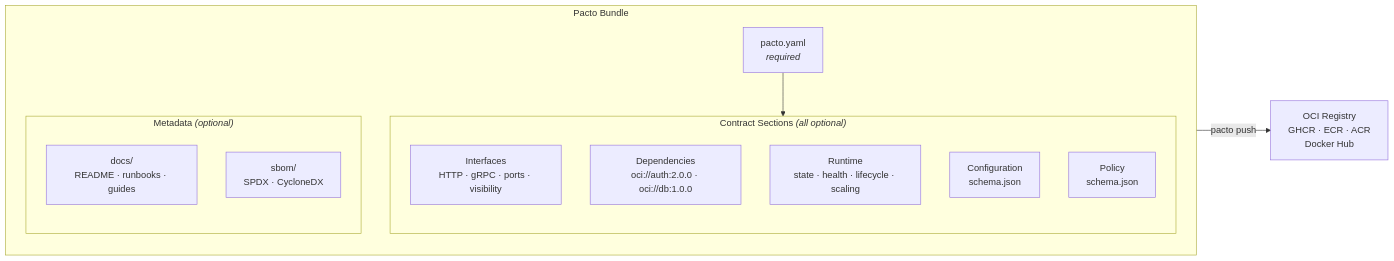
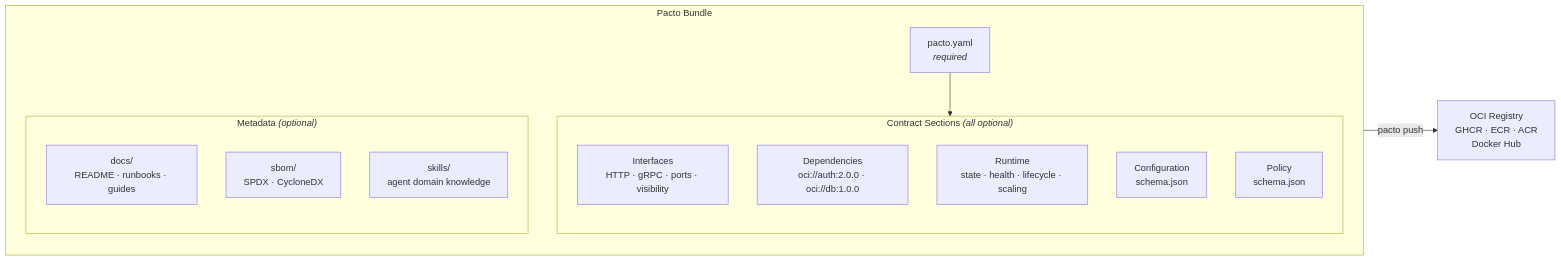
The diagram in docs/index.md (TrianaLab/pacto), drawn with Mermaid before and after one commit. The commit also changed other lines of this file and 201 other files, not shown here.

First line of the commit message:
feat: Agent Capabilities — bundle OpenAPI operations + skills as MCP agent tools (#235) (#236)

````diff
--- a/docs/index.md
+++ b/docs/index.md
@@ -148,26 +108,27 @@
 ```mermaid
 graph LR
     subgraph Bundle["Pacto Bundle"]
         direction TB
         YAML["pacto.yaml<br/><i>required</i>"]
 
         subgraph Sections["Contract Sections <i>(all optional)</i>"]
             direction TB
             Interfaces["Interfaces<br/>HTTP · gRPC · ports · visibility"]
             Dependencies["Dependencies<br/>oci://auth:2.0.0 · oci://db:1.0.0"]
             Runtime["Runtime<br/>state · health · lifecycle · scaling"]
             Config["Configuration<br/>schema.json"]
             Policy["Policy<br/>schema.json"]
         end
 
         subgraph Extras["Metadata <i>(optional)</i>"]
             direction TB
             Docs["docs/<br/>README · runbooks · guides"]
             SBOM["sbom/<br/>SPDX · CycloneDX"]
+            Skills["skills/<br/>agent domain knowledge"]
         end
 
         YAML --> Sections
     end
 
     Bundle -- "pacto push" --> Registry["OCI Registry<br/>GHCR · ECR · ACR<br/>Docker Hub"]
 ```
````
